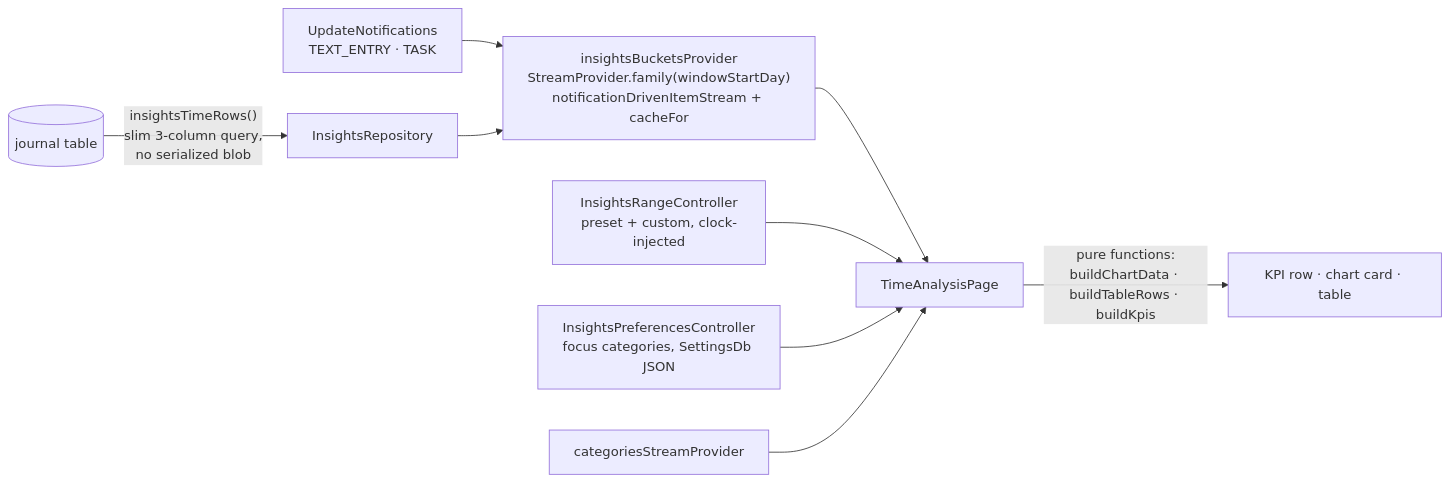
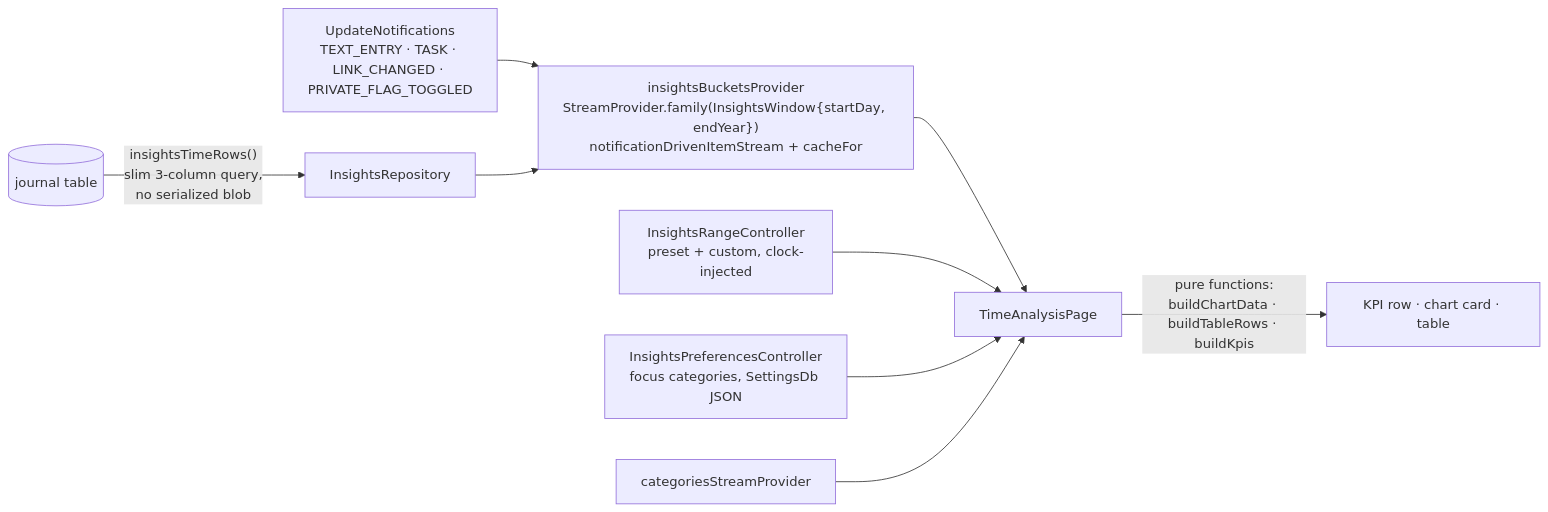
Before and after one commit to matthiasn/lotti: the first of 2 diagrams in lib/features/insights/README.md, drawn with Mermaid. The commit also changed other lines of this file and 43 other files, not shown here.

````diff
--- a/lib/features/insights/README.md
+++ b/lib/features/insights/README.md
@@ -12,11 +12,11 @@
 ```mermaid
 flowchart LR
     DB[(journal table)] -->|"insightsTimeRows()\nslim 3-column query,\nno serialized blob"| REPO[InsightsRepository]
-    NOTIF[UpdateNotifications\nTEXT_ENTRY · TASK] --> BUCKETS
-    REPO --> BUCKETS["insightsBucketsProvider\nStreamProvider.family(windowStartDay)\nnotificationDrivenItemStream + cacheFor"]
+    NOTIF[UpdateNotifications\nTEXT_ENTRY · TASK · LINK_CHANGED · PRIVATE_FLAG_TOGGLED] --> BUCKETS
+    REPO --> BUCKETS["insightsBucketsProvider\nStreamProvider.family(InsightsWindow{startDay, endYear})\nnotificationDrivenItemStream + cacheFor"]
     BUCKETS --> PAGE[TimeAnalysisPage]
     RANGE[InsightsRangeController\npreset + custom, clock-injected] --> PAGE
     PREFS[InsightsPreferencesController\nfocus categories, SettingsDb JSON] --> PAGE
     CATS[categoriesStreamProvider] --> PAGE
     PAGE -->|pure functions:\nbuildChartData · buildTableRows · buildKpis| WIDGETS[KPI row · chart card · table]
 ```
````
